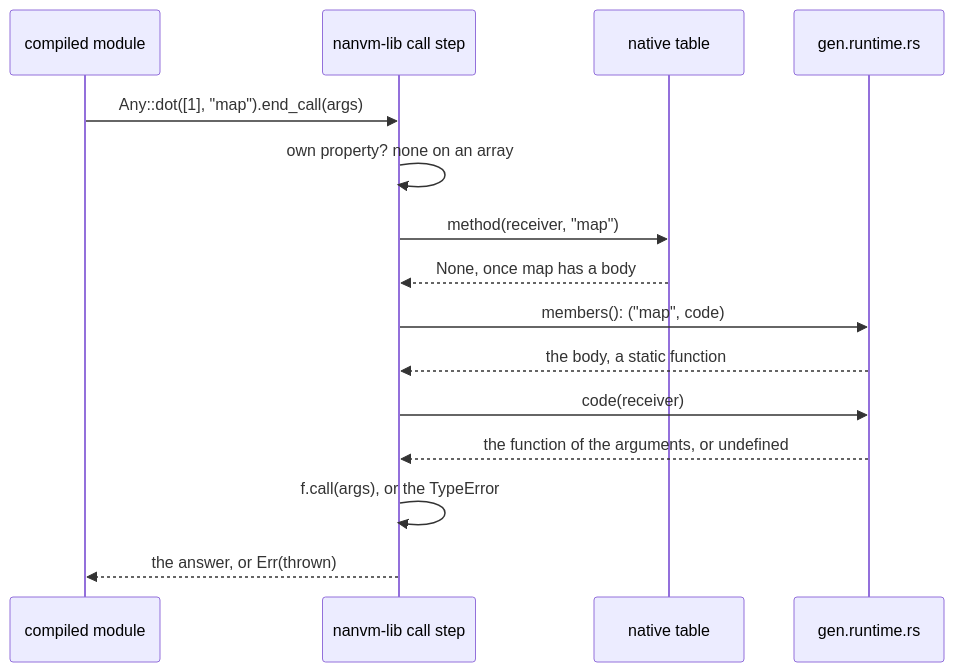
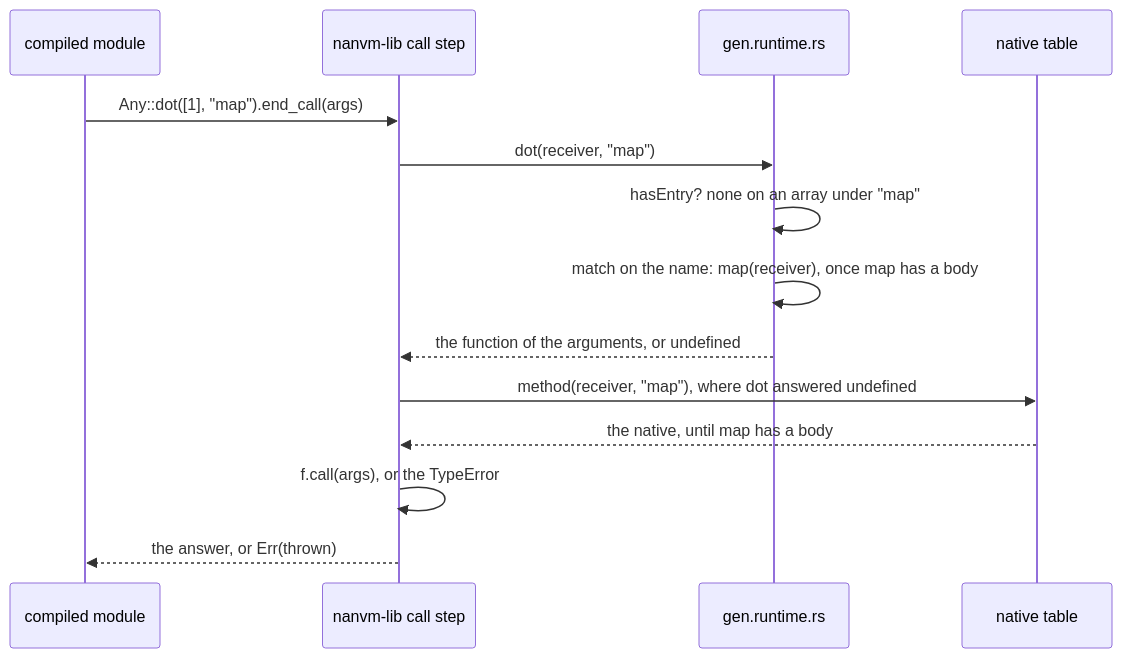
The second of 2 diagrams in fjs/js/runtime/README.md (functionalscript/functionalscript), drawn with Mermaid before and after one commit. The commit also changed other lines of this file and 10 other files, not shown here.

````diff
--- a/fjs/js/runtime/README.md
+++ b/fjs/js/runtime/README.md
@@ -163,17 +162,16 @@
 ```mermaid
 sequenceDiagram
     participant M as compiled module
     participant L as nanvm-lib call step
+    participant R as gen.runtime.rs
     participant T as native table
-    participant R as gen.runtime.rs
     M->>L: Any::dot([1], "map").end_call(args)
-    L->>L: own property? none on an array
-    L->>T: method(receiver, "map")
-    T-->>L: None, once map has a body
-    L->>R: members(): ("map", code)
-    R-->>L: the body, a static function
-    L->>R: code(receiver)
+    L->>R: dot(receiver, "map")
+    R->>R: hasEntry? none on an array under "map"
+    R->>R: match on the name: map(receiver), once map has a body
     R-->>L: the function of the arguments, or undefined
+    L->>T: method(receiver, "map"), where dot answered undefined
+    T-->>L: the native, until map has a body
     L->>L: f.call(args), or the TypeError
     L-->>M: the answer, or Err(thrown)
 ```
````
